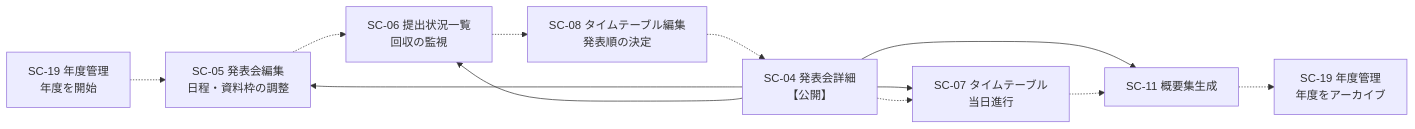
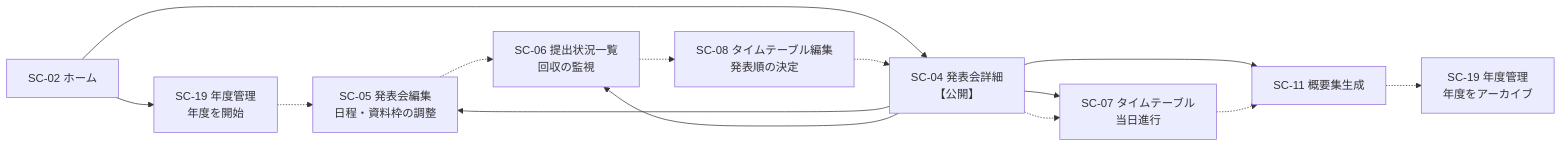
One commit to 250158hj-maker/yse_compass changed the first of 4 diagrams in docs/design/04-screen.md. Above: the diagram before and after it, drawn with Mermaid. The commit also changed other lines of this file and 3 other files, not shown here.

````diff
--- a/docs/design/04-screen.md
+++ b/docs/design/04-screen.md
@@ -400,24 +404,27 @@
 ```mermaid
 flowchart LR
     SC19["SC-19 年度管理<br/>年度を開始"]
     SC05["SC-05 発表会編集<br/>日程・資料枠の調整"]
     SC06["SC-06 提出状況一覧<br/>回収の監視"]
     SC08["SC-08 タイムテーブル編集<br/>発表順の決定"]
     SC04["SC-04 発表会詳細<br/>【公開】"]
     SC07["SC-07 タイムテーブル<br/>当日進行"]
     SC11["SC-11 概要集生成"]
     SC19b["SC-19 年度管理<br/>年度をアーカイブ"]
+    SC02["SC-02 ホーム"]
 
+    SC02 --> SC19
+    SC02 --> SC04
     SC04 --> SC05
     SC04 --> SC06
     SC04 --> SC07
     SC04 --> SC11
 
     SC19 -.-> SC05
     SC05 -.-> SC06
     SC06 -.-> SC08
     SC08 -.-> SC04
     SC04 -.-> SC07
     SC07 -.-> SC11
     SC11 -.-> SC19b
 ```
````
